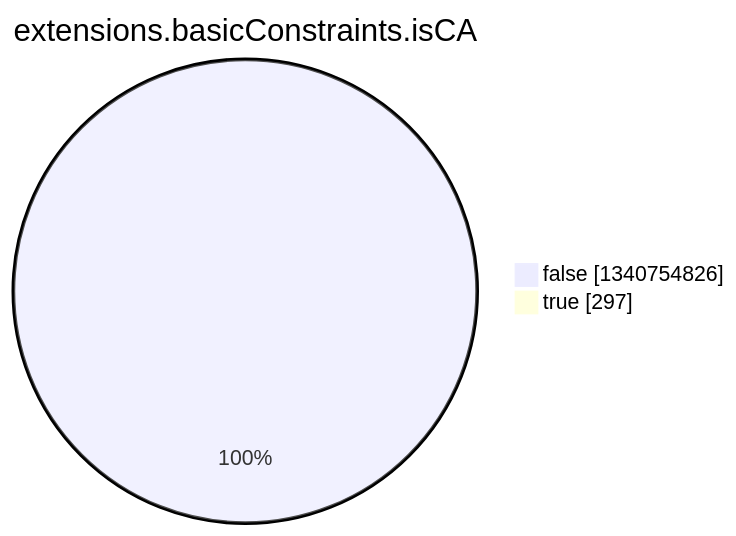
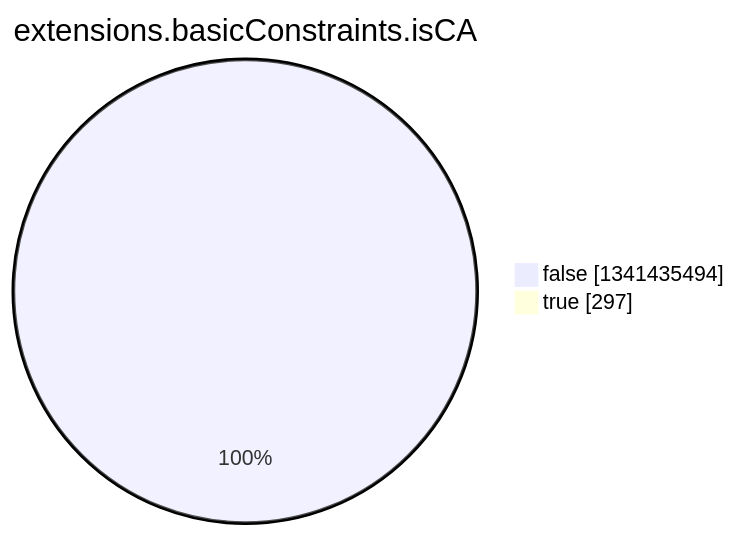
Before and after one commit to christiankrug/ctmonitor_visualization: the eighth of 15 diagrams in argon2022/README.md, drawn with Mermaid. The commit also changed other lines of this file, not shown here.

````diff
--- a/argon2022/README.md
+++ b/argon2022/README.md
@@ -2758,6 +2758,6 @@
 ```mermaid
 pie showData
 title extensions.basicConstraints.isCA
-"false" :1340754826
+"false" :1341435494
 "true" :297
 ```
````
